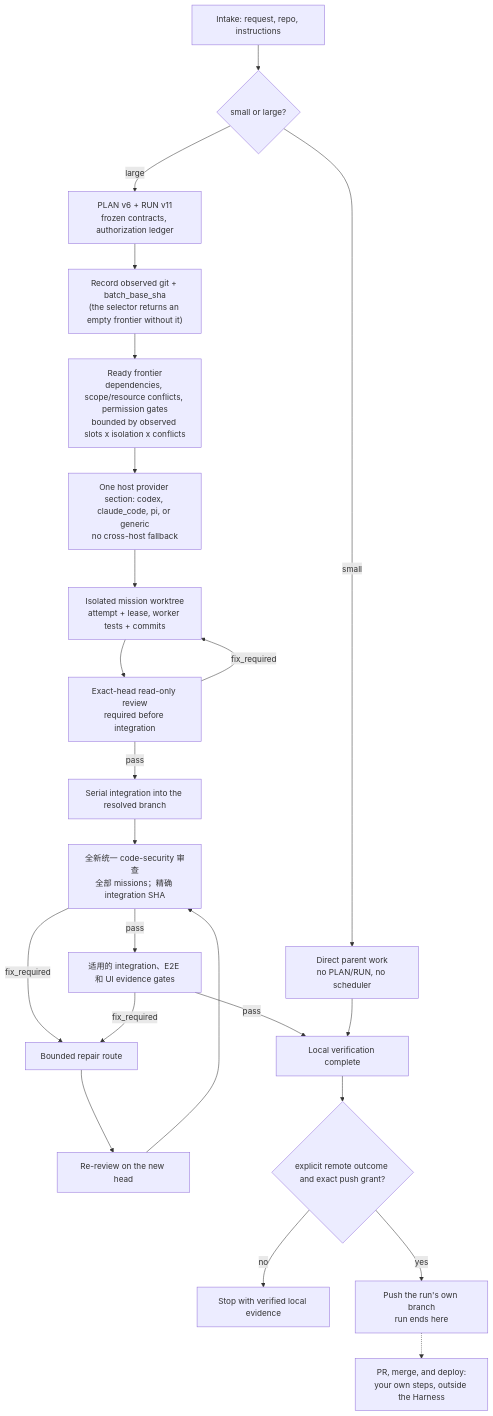
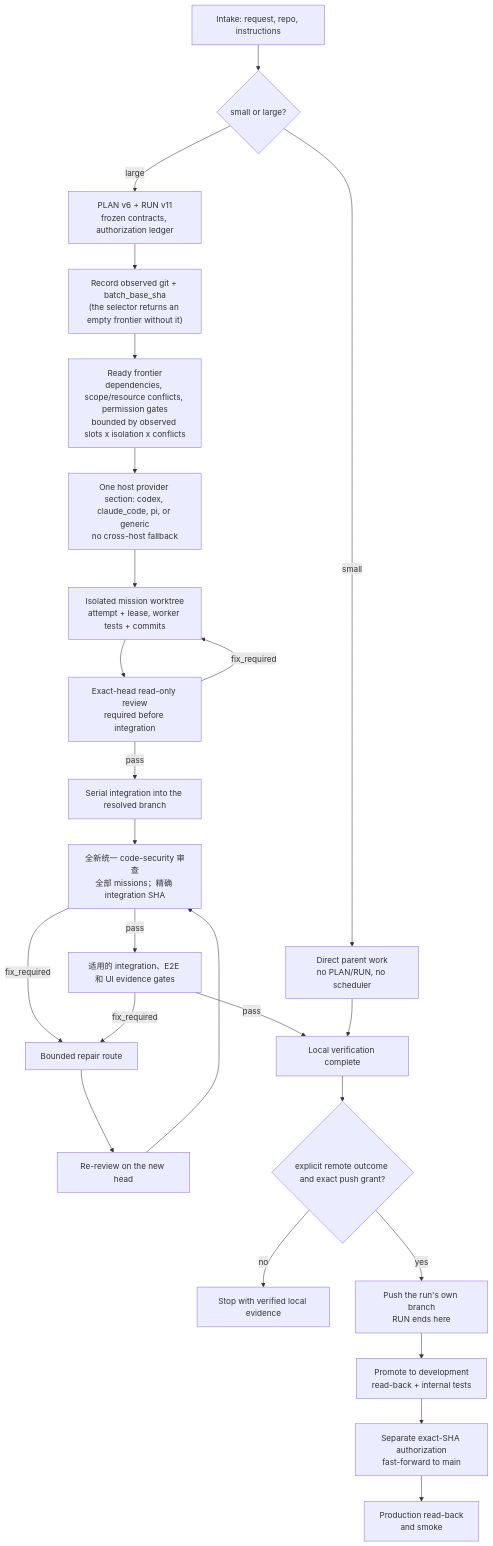
One commit to Phlegonlabs/product-delivery-harness changed the third of 3 diagrams in README.zh-CN.md. Above: the diagram before and after it, drawn with Mermaid. The commit also changed other lines of this file and 42 other files, not shown here.

First line of the commit message:
Promote verified delivery to main (#86)

````diff
--- a/README.zh-CN.md
+++ b/README.zh-CN.md
@@ -233,25 +241,27 @@
 ```mermaid
 flowchart TB
   Intake["Intake: request, repo, instructions"] --> Size{"small or large?"}
   Size -->|small| Direct["Direct parent work<br/>no PLAN/RUN, no scheduler"]
   Size -->|large| Plan["PLAN v6 + RUN v11<br/>frozen contracts, authorization ledger"]
   Plan --> Observe["Record observed git + batch_base_sha<br/>(the selector returns an empty frontier without it)"]
   Observe --> Frontier["Ready frontier<br/>dependencies, scope/resource conflicts, permission gates<br/>bounded by observed slots x isolation x conflicts"]
   Frontier --> Host["One host provider section: codex, claude_code, pi, or generic<br/>no cross-host fallback"]
   Host --> Work["Isolated mission worktree<br/>attempt + lease, worker tests + commits"]
   Work --> Review["Exact-head read-only review<br/>required before integration"]
   Review -->|pass| Integrate["Serial integration into the resolved branch"]
   Review -->|fix_required| Work
   Integrate --> Security["全新统一 code-security 审查<br/>全部 missions；精确 integration SHA"]
   Security -->|pass| Gates["适用的 integration、E2E 和 UI evidence gates"]
   Security -->|fix_required| Repair["Bounded repair route"]
   Gates -->|fix_required| Repair
   Repair --> Rereview["Re-review on the new head"]
   Rereview --> Security
   Gates -->|pass| Local["Local verification complete"]
   Direct --> Local
   Local --> Remote{"explicit remote outcome and exact push grant?"}
   Remote -->|no| Done["Stop with verified local evidence"]
-  Remote -->|yes| Push["Push the run's own branch<br/>run ends here"]
-  Push -.-> Yours["PR, merge, and deploy:<br/>your own steps, outside the Harness"]
+  Remote -->|yes| Push["Push the run's own branch<br/>RUN ends here"]
+  Push --> Dev["Promote to development<br/>read-back + internal tests"]
+  Dev --> Main["Separate exact-SHA authorization<br/>fast-forward to main"]
+  Main --> Prod["Production read-back<br/>and smoke"]
 ```
````
